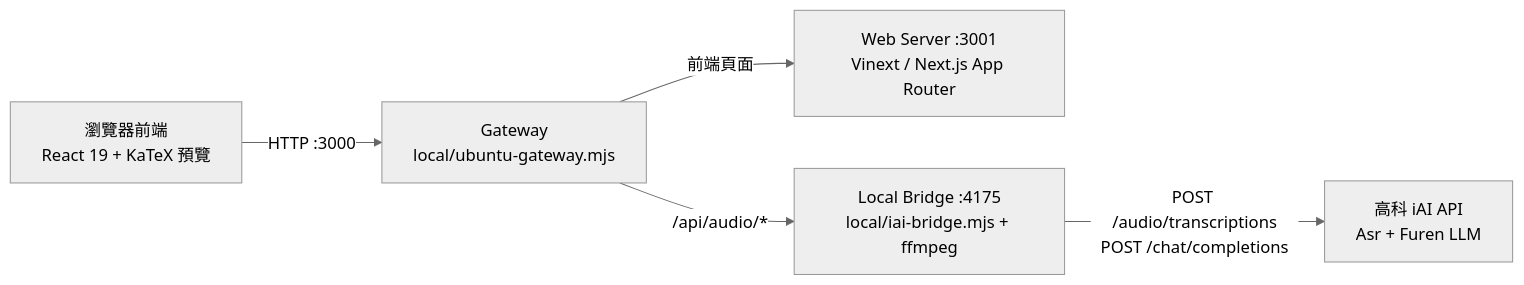
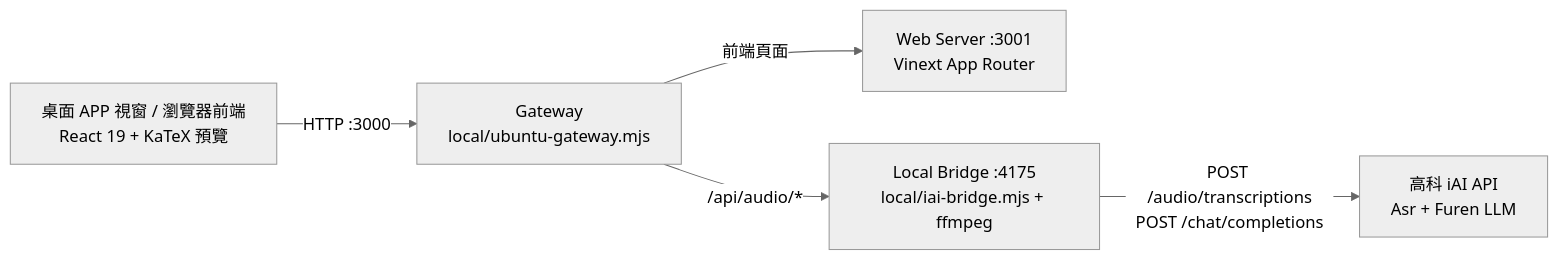
The first of 2 diagrams in README.md (WangBens/NKUST_iAI_Note-tools), drawn with Mermaid (neutral theme) before and after one commit. The commit also changed other lines of this file and 3 other files, not shown here.

````diff
--- a/README.md
+++ b/README.md
@@ -29,7 +47,7 @@
 ```mermaid
 flowchart LR
-    Browser["瀏覽器前端<br/>React 19 + KaTeX 預覽"] -->|HTTP :3000| Gateway["Gateway<br/>local/ubuntu-gateway.mjs"]
-    Gateway -->|前端頁面| Web["Web Server :3001<br/>Vinext / Next.js App Router"]
+    UI["桌面 APP 視窗 / 瀏覽器前端<br/>React 19 + KaTeX 預覽"] -->|HTTP :3000| Gateway["Gateway<br/>local/ubuntu-gateway.mjs"]
+    Gateway -->|前端頁面| Web["Web Server :3001<br/>Vinext App Router"]
     Gateway -->|/api/audio/*| Bridge["Local Bridge :4175<br/>local/iai-bridge.mjs + ffmpeg"]
     Bridge -->|POST /audio/transcriptions<br/>POST /chat/completions| iAI["高科 iAI API<br/>Asr + Furen LLM"]
 ```
````
